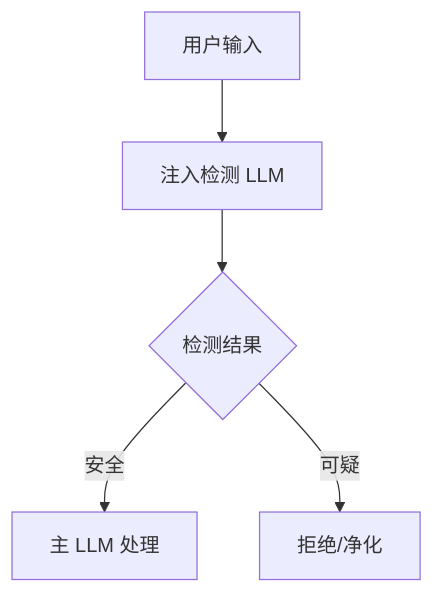
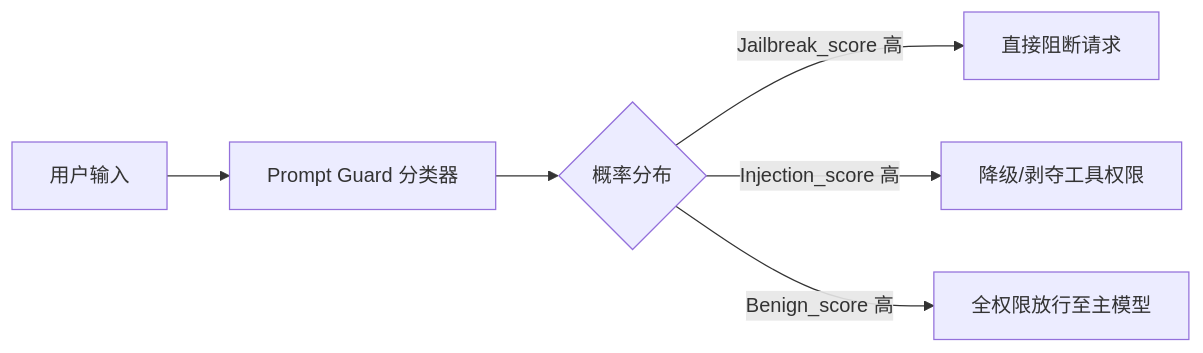
One commit to yeasy/ai_security_guide changed the second of 3 diagrams in 04_prompt_injection/4.5_injection_defense.md. Above: the diagram before and after it, drawn with Mermaid. The commit also changed other lines of this file and 1 other file, not shown here.

````diff
--- a/04_prompt_injection/4.5_injection_defense.md
+++ b/04_prompt_injection/4.5_injection_defense.md
@@ -118,7 +137,8 @@
 ```mermaid
-flowchart TB
-    A["用户输入"] --> B["注入检测 LLM"]
-    B --> C{"检测结果"}
-    C --> |安全| D["主 LLM 处理"]
-    C --> |可疑| E["拒绝/净化"]
+flowchart LR
+    A["用户输入"] --> B["Prompt Guard 分类器"]
+    B --> C{"概率分布"}
+    C -->|Jailbreak_score 高| D["直接阻断请求"]
+    C -->|Injection_score 高| E["降级/剥夺工具权限"]
+    C -->|Benign_score 高| F["全权限放行至主模型"]
 ```
````
